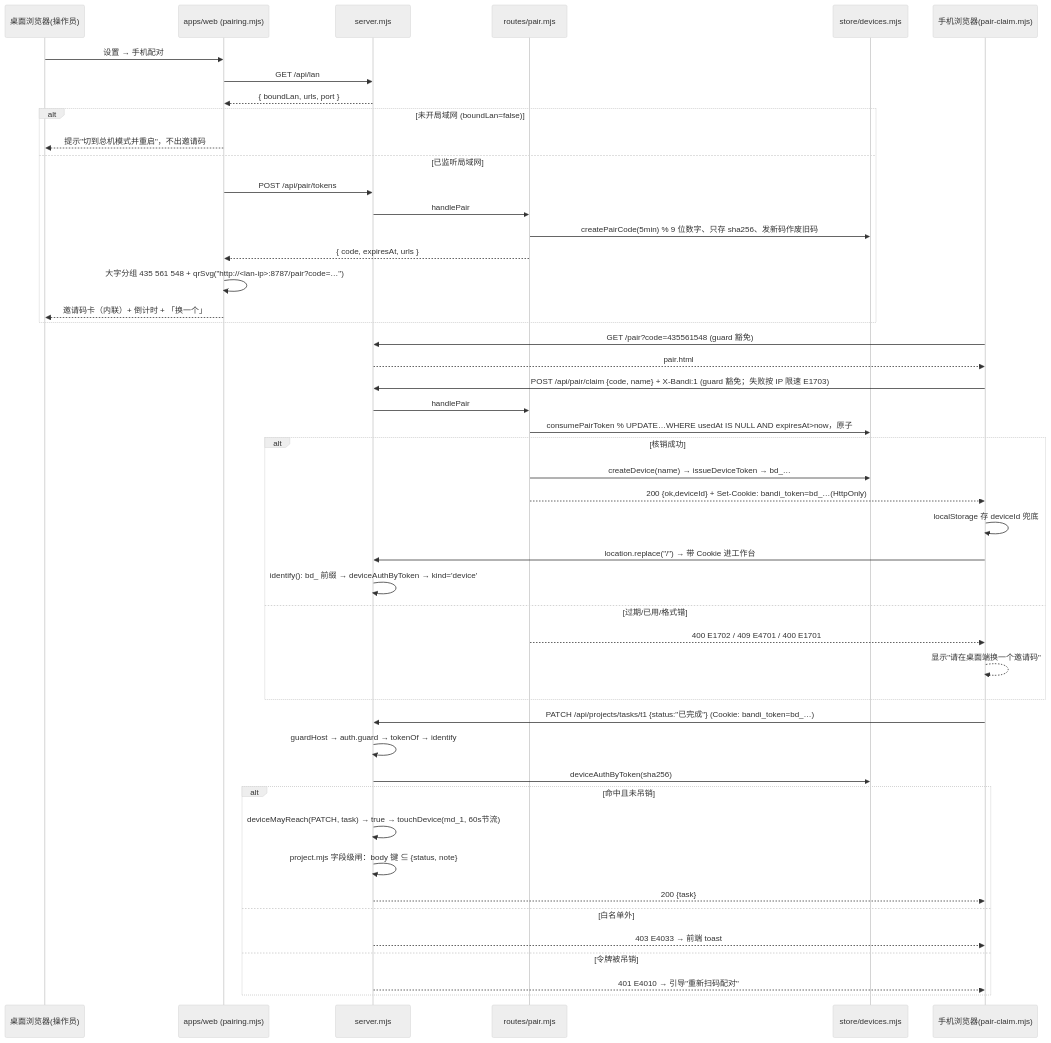
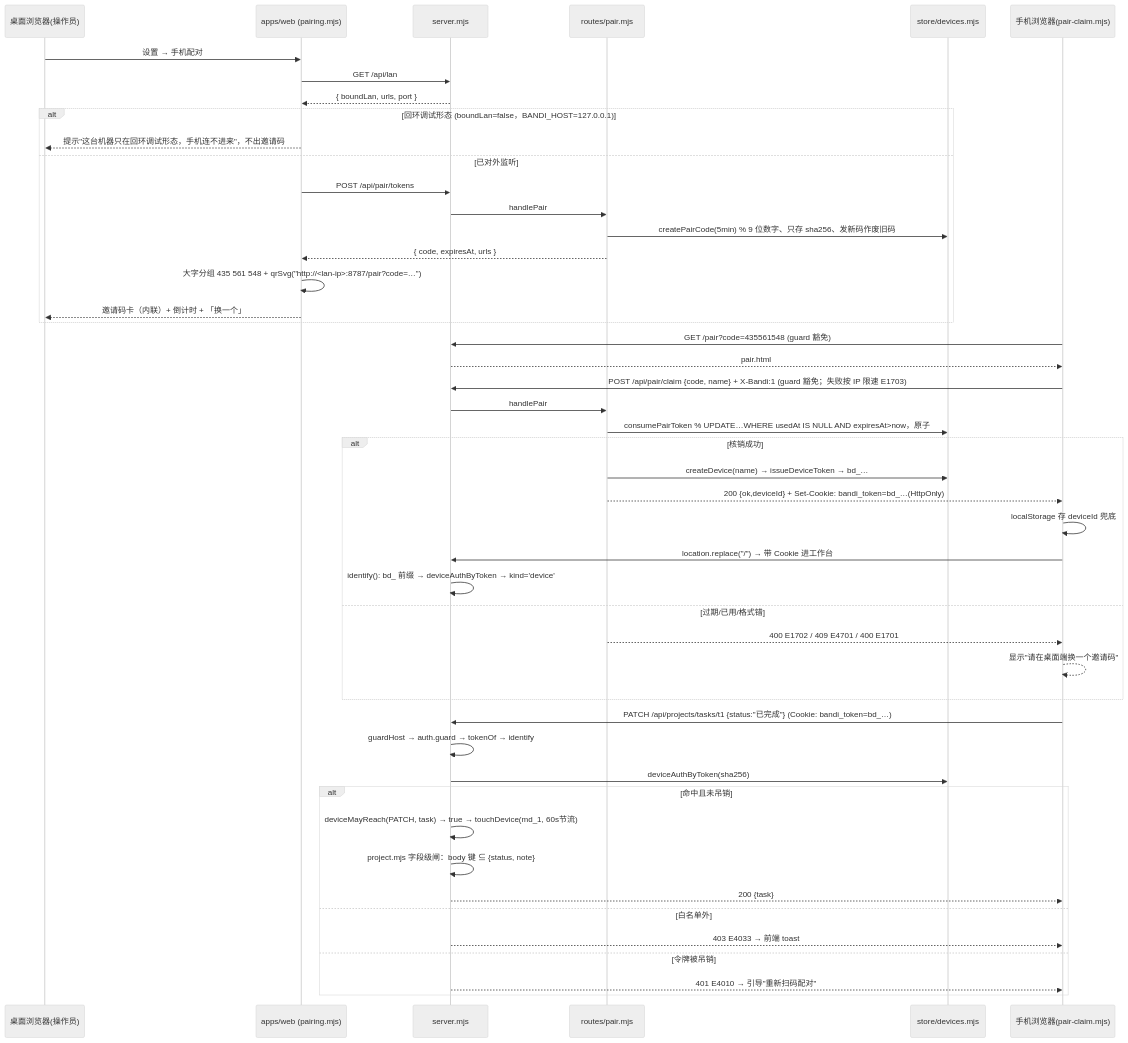
The diagram in docs/mobile/sequence-diagram.mermaid (shepherd-chenxs/bandi), drawn with Mermaid (neutral theme) before and after one commit. The commit also changed 79 other files, not shown here.

```diff
--- a/docs/mobile/sequence-diagram.mermaid
+++ b/docs/mobile/sequence-diagram.mermaid
@@ -1,54 +1,54 @@
 sequenceDiagram
     participant Op as 桌面浏览器(操作员)
     participant W as apps/web (pairing.mjs)
     participant S as server.mjs
     participant P as routes/pair.mjs
     participant D as store/devices.mjs
     participant Ph as 手机浏览器(pair-claim.mjs)
 
     Op->>W: 设置 → 手机配对
     W->>S: GET /api/lan
     S-->>W: { boundLan, urls, port }
-    alt 未开局域网 (boundLan=false)
-        W-->>Op: 提示"切到总机模式并重启"，不出邀请码
-    else 已监听局域网
+    alt 回环调试形态 (boundLan=false，BANDI_HOST=127.0.0.1)
+        W-->>Op: 提示"这台机器只在回环调试形态，手机连不进来"，不出邀请码
+    else 已对外监听
         W->>S: POST /api/pair/tokens
         S->>P: handlePair
         P->>D: createPairCode(5min)  % 9 位数字、只存 sha256、发新码作废旧码
         P-->>W: { code, expiresAt, urls }
         W->>W: 大字分组 435 561 548 + qrSvg("http://<lan-ip>:8787/pair?code=…")
         W-->>Op: 邀请码卡（内联）+ 倒计时 + 「换一个」
     end
 
     %% 2026-11-01 二改：连接与部署形态无关。扫码（默认）= 二维码自带地址+码；
     %% 手动 = 地址 + 邀请码两栏都填（局域网也填地址，壳不再发 UDP 广播猜机器）。
     %% 两条路都落在 /pair?code=…（旧 ?token=bp_… 仍兼容）
     Ph->>S: GET /pair?code=435561548   (guard 豁免)
     S-->>Ph: pair.html
     Ph->>S: POST /api/pair/claim {code, name} + X-Bandi:1 (guard 豁免；失败按 IP 限速 E1703)
     S->>P: handlePair
     P->>D: consumePairToken  % UPDATE…WHERE usedAt IS NULL AND expiresAt>now，原子
     alt 核销成功
         P->>D: createDevice(name) → issueDeviceToken → bd_…
         P-->>Ph: 200 {ok,deviceId} + Set-Cookie: bandi_token=bd_…(HttpOnly)
         Ph->>Ph: localStorage 存 deviceId 兜底
         Ph->>S: location.replace("/") → 带 Cookie 进工作台
         S->>S: identify(): bd_ 前缀 → deviceAuthByToken → kind='device'
     else 过期/已用/格式错
         P-->>Ph: 400 E1702 / 409 E4701 / 400 E1701
         Ph-->>Ph: 显示"请在桌面端换一个邀请码"
     end
 
     %% 手机端请求鉴权（以审批一张卡票为例）
     Ph->>S: PATCH /api/projects/tasks/t1 {status:"已完成"} (Cookie: bandi_token=bd_…)
     S->>S: guardHost → auth.guard → tokenOf → identify
     S->>D: deviceAuthByToken(sha256)
     alt 命中且未吊销
         S->>S: deviceMayReach(PATCH, task) → true → touchDevice(md_1, 60s节流)
         S->>S: project.mjs 字段级闸：body 键 ⊆ {status, note}
         S-->>Ph: 200 {task}
     else 白名单外
         S-->>Ph: 403 E4033 → 前端 toast
     else 令牌被吊销
         S-->>Ph: 401 E4010 → 引导"重新扫码配对"
     end
```
